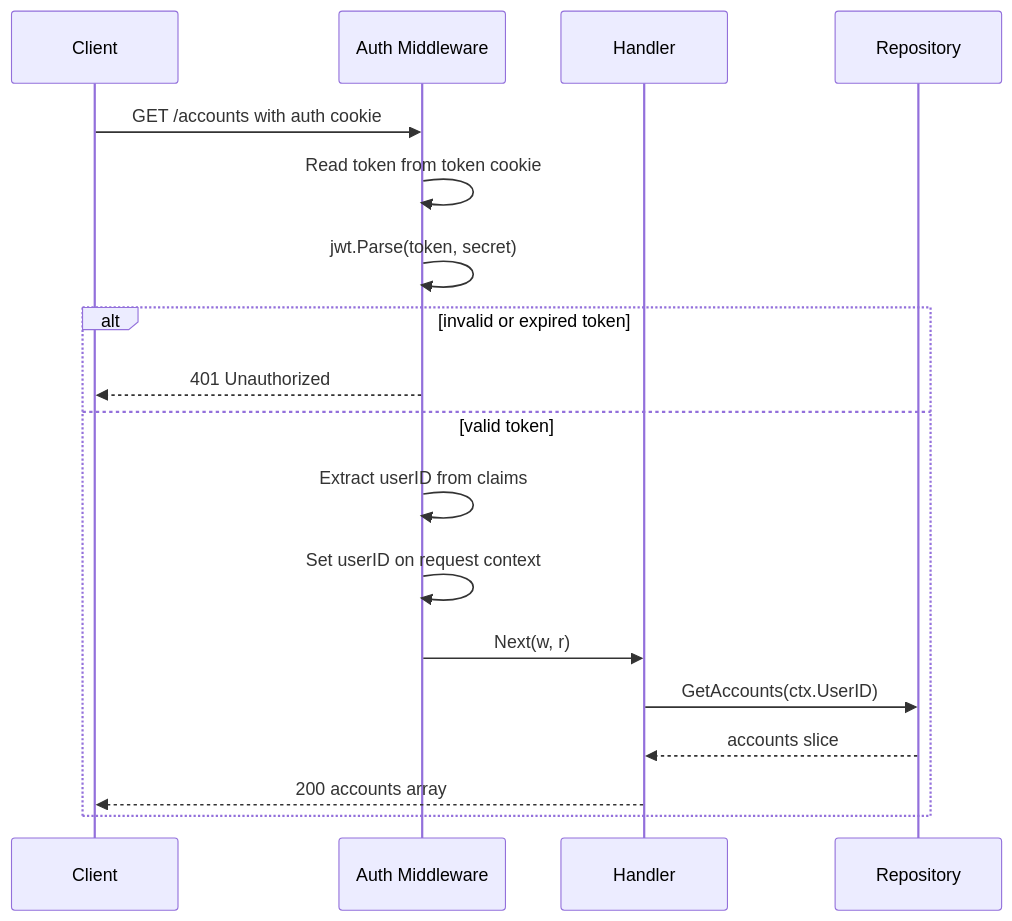
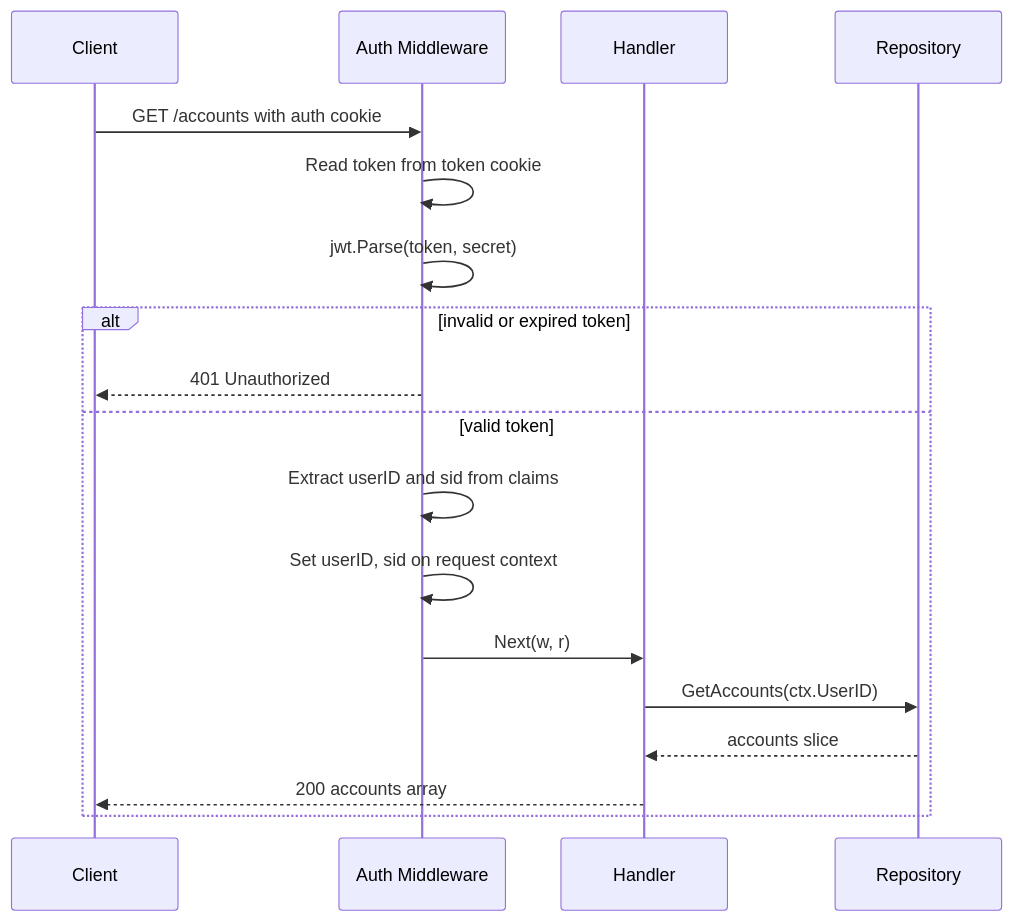
The seventh of 13 diagrams in backend/docs/flows.md (ppinedo0714/a-couple-of-coins), drawn with Mermaid before and after one commit. The commit also changed other lines of this file and 3 other files, not shown here.

````diff
--- a/backend/docs/flows.md
+++ b/backend/docs/flows.md
@@ -122,21 +302,21 @@
 ```mermaid
 sequenceDiagram
     participant C as Client
     participant M as Auth Middleware
     participant H as Handler
     participant R as Repository
 
     C->>M: GET /accounts with auth cookie
     M->>M: Read token from token cookie
     M->>M: jwt.Parse(token, secret)
     alt invalid or expired token
         M-->>C: 401 Unauthorized
     else valid token
-        M->>M: Extract userID from claims
-        M->>M: Set userID on request context
+        M->>M: Extract userID and sid from claims
+        M->>M: Set userID, sid on request context
         M->>H: Next(w, r)
         H->>R: GetAccounts(ctx.UserID)
         R-->>H: accounts slice
         H-->>C: 200 accounts array
     end
 ```
````
